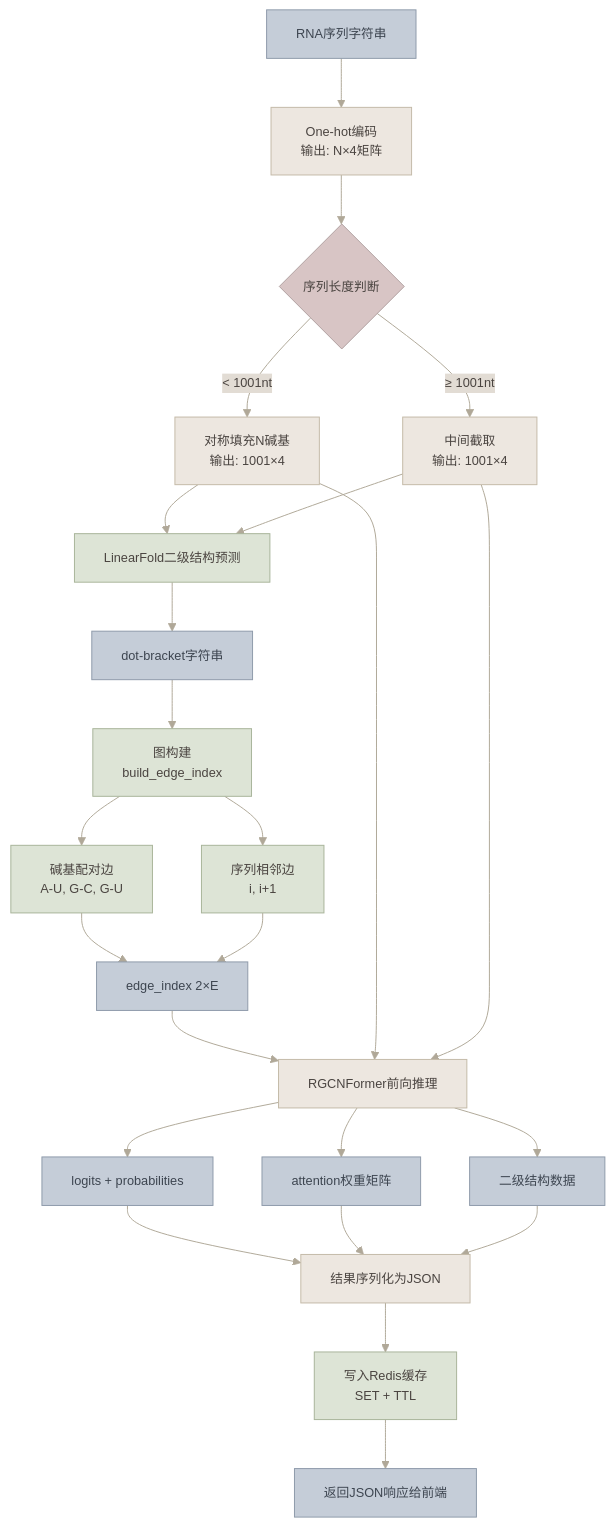
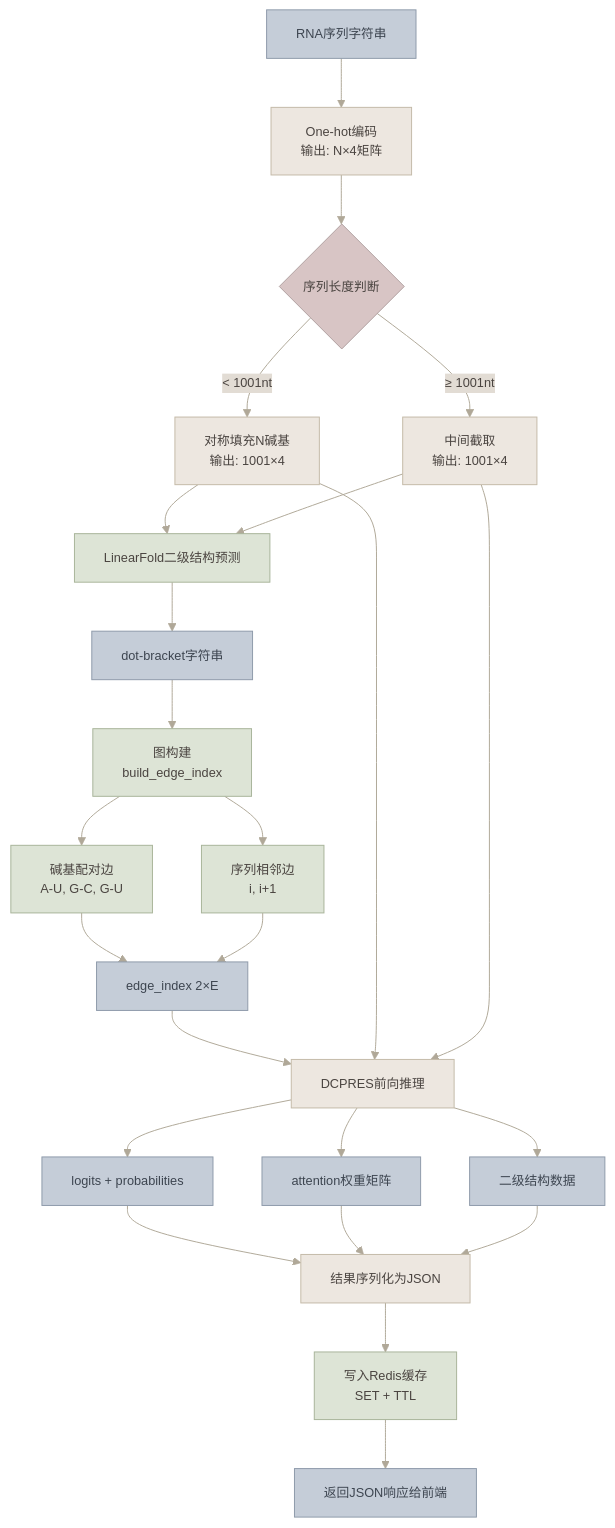
Before and after one commit to fdiskdc/RGCNFormer_WebAndWx_backend: the sixth of 19 diagrams in md/RMA序列修饰检测可视化系统架构说明文档.md, drawn with Mermaid. The commit also changed other lines of this file, not shown here.

````diff
--- a/md/RMA序列修饰检测可视化系统架构说明文档.md
+++ b/md/RMA序列修饰检测可视化系统架构说明文档.md
@@ -447,32 +459,32 @@
 ```mermaid
 %%{init: {'theme': 'base', 'themeVariables': {'primaryColor': '#EDE7E0', 'primaryTextColor': '#4A4440', 'primaryBorderColor': '#C4BAA8', 'lineColor': '#B0A898', 'secondaryColor': '#E2DCD4', 'background': '#F8F5F0', 'fontSize': '13px'}}}%%
 graph TD
     classDef io fill:#C5CDD8,stroke:#8E9AAA,stroke-width:1px,color:#3D4550
     classDef process fill:#EDE7E0,stroke:#C4BAA8,stroke-width:1px,color:#4A4440
     classDef decision fill:#D8C5C5,stroke:#B0A0A0,stroke-width:1px,color:#4A4440
     classDef build fill:#DDE4D6,stroke:#A8B49A,stroke-width:1px,color:#4A4440
 
     A[RNA序列字符串]:::io --> B[One-hot编码<br/>输出: N×4矩阵]:::process
     B --> C{序列长度判断}:::decision
     C -->|< 1001nt| D[对称填充N碱基<br/>输出: 1001×4]:::process
     C -->|≥ 1001nt| E[中间截取<br/>输出: 1001×4]:::process
     D --> F[LinearFold二级结构预测]:::build
     E --> F
     F --> G[dot-bracket字符串]:::io
     G --> H[图构建<br/>build_edge_index]:::build
     H --> I[碱基配对边<br/>A-U, G-C, G-U]:::build
     H --> J[序列相邻边<br/>i, i+1]:::build
     I --> K[edge_index 2×E]:::io
     J --> K
-    K --> L[RGCNFormer前向推理]:::process
+    K --> L[DCPRES前向推理]:::process
     D --> L
     E --> L
     L --> M[logits + probabilities]:::io
     L --> N[attention权重矩阵]:::io
     L --> O[二级结构数据]:::io
     M --> P[结果序列化为JSON]:::process
     N --> P
     O --> P
     P --> Q[写入Redis缓存<br/>SET + TTL]:::build
     Q --> R[返回JSON响应给前端]:::io
 ```
````
